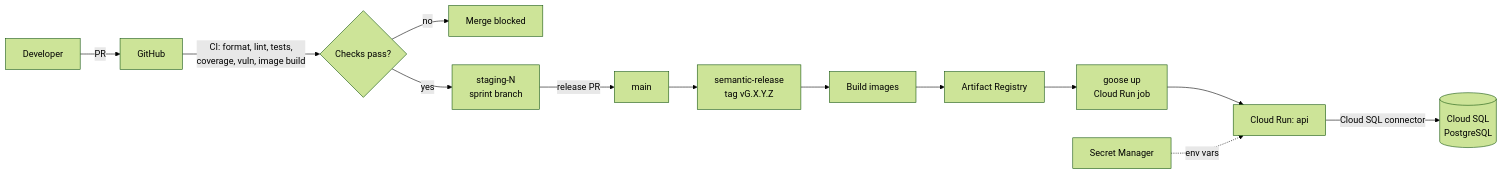
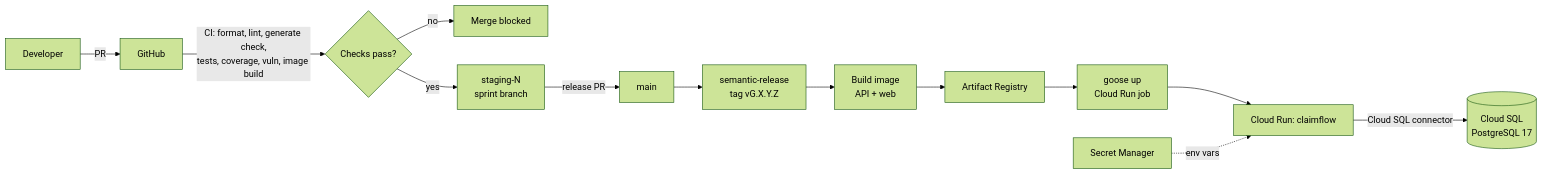
The third of 3 diagrams in docs/system-sds.md (beambeambeam/claimflow), drawn with Mermaid (forest theme) before and after one commit. The commit also changed other lines of this file, not shown here.

Commit message:
docs: apply architecture review to sds

````diff
--- a/docs/system-sds.md
+++ b/docs/system-sds.md
@@ -528,15 +646,15 @@
 ```mermaid
 flowchart LR
     Dev[Developer] -->|PR| GH[GitHub]
-    GH -->|CI: format, lint, tests,<br/>coverage, vuln, image build| CI{Checks pass?}
+    GH -->|CI: format, lint, generate check,<br/>tests, coverage, vuln, image build| CI{Checks pass?}
     CI -- no --> Block[Merge blocked]
     CI -- yes --> Stg[staging-N<br/>sprint branch]
     Stg -->|release PR| Main[main]
     Main --> Rel[semantic-release<br/>tag vG.X.Y.Z]
-    Rel --> Build[Build images]
+    Rel --> Build[Build image<br/>API + web]
     Build --> AR[Artifact Registry]
     AR --> Mig[goose up<br/>Cloud Run job]
-    Mig --> CR[Cloud Run: api]
-    CR -- Cloud SQL connector --> SQL[(Cloud SQL<br/>PostgreSQL)]
+    Mig --> CR[Cloud Run: claimflow]
+    CR -- Cloud SQL connector --> SQL[(Cloud SQL<br/>PostgreSQL 17)]
     SM[Secret Manager] -. env vars .-> CR
 ```
````
